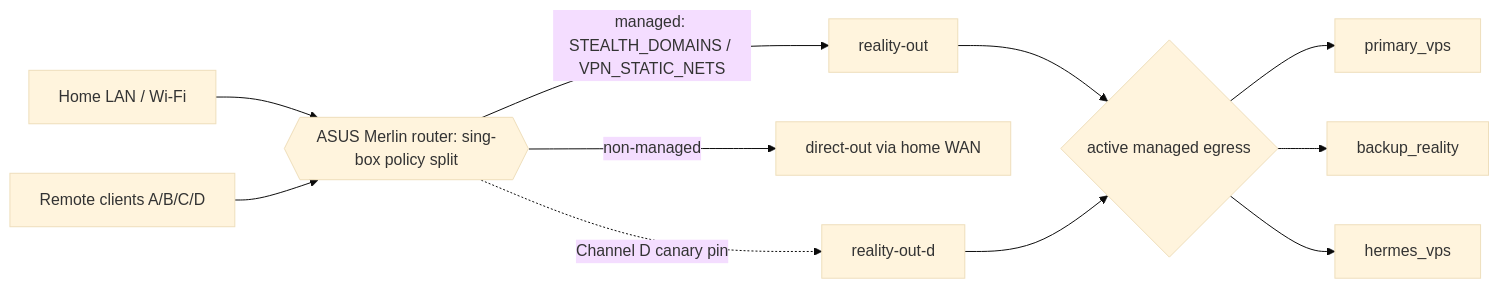
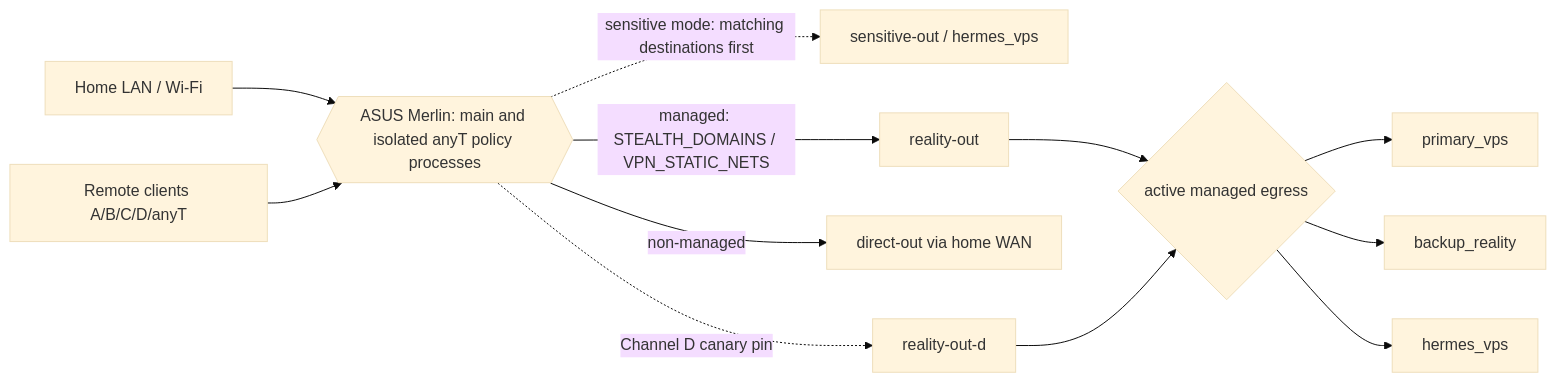
One commit to eiler2005/ghostroute changed the diagram in README.md. Above: the diagram before and after it, drawn with Mermaid (base theme). The commit also changed other lines of this file and 22 other files, not shown here.

Commit message:
docs: align Channel anyT production contracts and diagrams

````diff
--- a/README.md
+++ b/README.md
@@ -416,15 +419,16 @@
 ```mermaid
 flowchart LR
   LAN[Home LAN / Wi-Fi]
-  RC[Remote clients A/B/C/D]
+  RC[Remote clients A/B/C/D/anyT]
   LAN --> ROUTER
   RC --> ROUTER
-  ROUTER{{ASUS Merlin router: sing-box policy split}}
+  ROUTER{{ASUS Merlin: main and isolated anyT policy processes}}
+  ROUTER -. sensitive mode: matching destinations first .-> SENSITIVE[sensitive-out / hermes_vps]
   ROUTER -->|managed: STEALTH_DOMAINS / VPN_STATIC_NETS| RO[reality-out]
   ROUTER -->|non-managed| DIRECT[direct-out via home WAN]
   RO --> ACTIVE{active managed egress}
   ACTIVE --> PRIMARY[primary_vps]
   ACTIVE --> BACKUP[backup_reality]
   ACTIVE --> HERMES[hermes_vps]
   ROUTER -. Channel D canary pin .-> ROD[reality-out-d] --> ACTIVE
 ```
````
